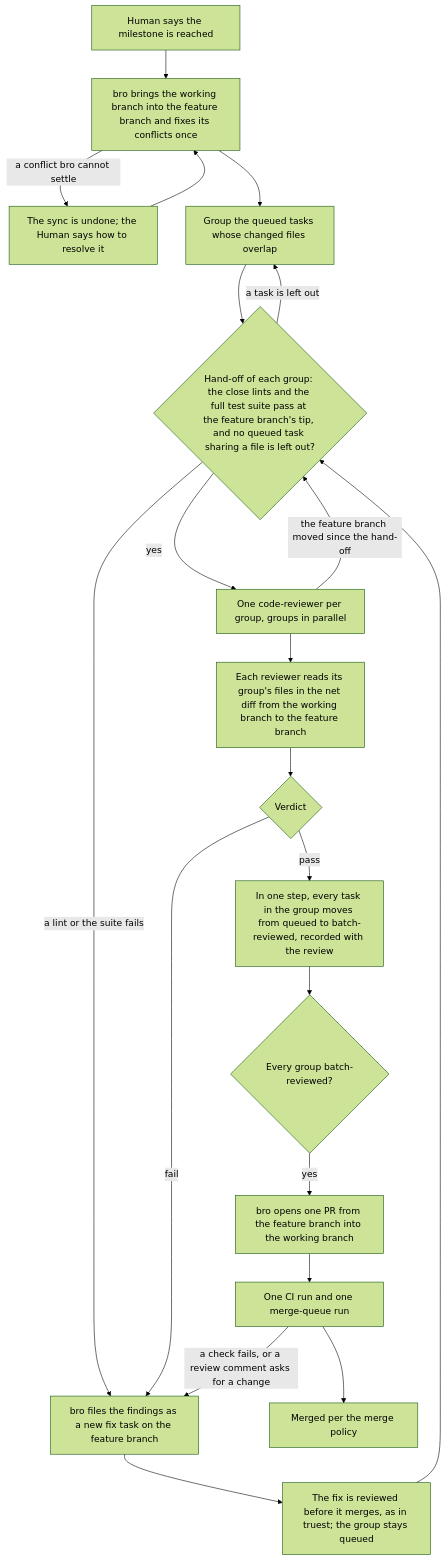
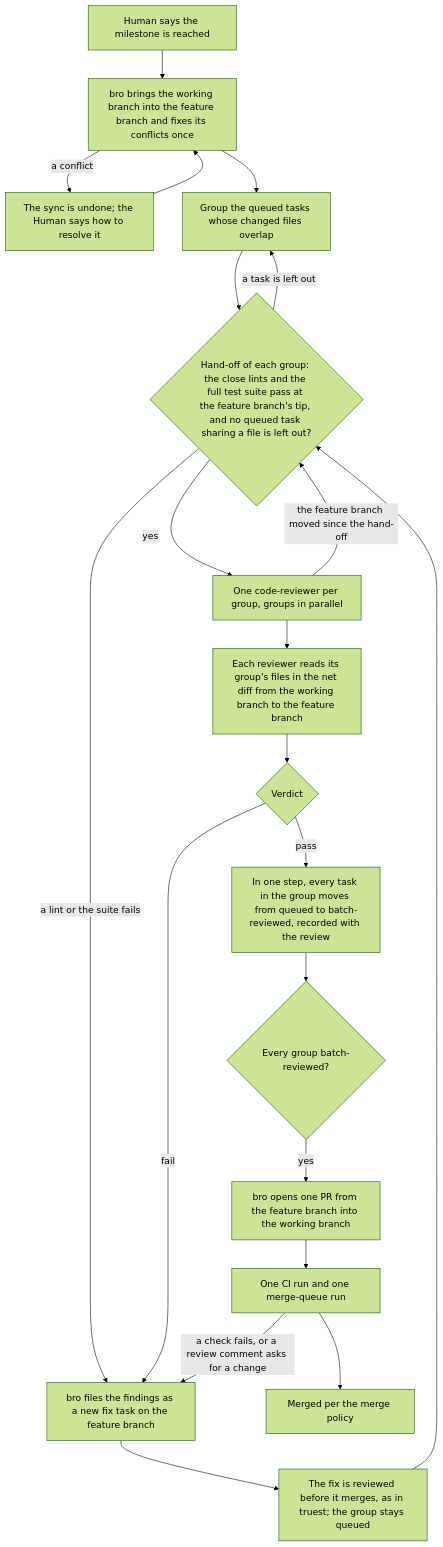
One commit to trustmybot/plugin changed the sixth of 8 diagrams in docs/architecture/AGILE.md. Above: the diagram before and after it, drawn with Mermaid (forest theme). The commit also changed other lines of this file, not shown here.

Commit message:
📝 docs(agile): a sync conflict goes to the Human (GH 3313)

````diff
--- a/docs/architecture/AGILE.md
+++ b/docs/architecture/AGILE.md
@@ -150,23 +150,23 @@
 ```mermaid
 flowchart TD
     A[Human says the milestone is reached] --> B[bro brings the working branch into the feature branch and fixes its conflicts once]
-    B -- a conflict bro cannot settle --> BH[The sync is undone; the Human says how to resolve it]
+    B -- a conflict --> BH[The sync is undone; the Human says how to resolve it]
     BH --> B
     B --> C[Group the queued tasks whose changed files overlap]
     C --> HO{Hand-off of each group: the close lints and the full test suite pass at the feature branch's tip, and no queued task sharing a file is left out?}
     HO -- a task is left out --> C
     HO -- a lint or the suite fails --> H
     HO -- yes --> D[One code-reviewer per group, groups in parallel]
     D -- the feature branch moved since the hand-off --> HO
     D --> E[Each reviewer reads its group's files in the net diff from the working branch to the feature branch]
     E --> F{Verdict}
     F -- pass --> G[In one step, every task in the group moves from queued to batch-reviewed, recorded with the review]
     F -- fail --> H[bro files the findings as a new fix task on the feature branch]
     H --> I[The fix is reviewed before it merges, as in truest; the group stays queued]
     I --> HO
     G --> M{Every group batch-reviewed?}
     M -- yes --> P[bro opens one PR from the feature branch into the working branch]
     P --> CI[One CI run and one merge-queue run]
     CI --> MG[Merged per the merge policy]
     CI -- a check fails, or a review comment asks for a change --> H
 ```
````
